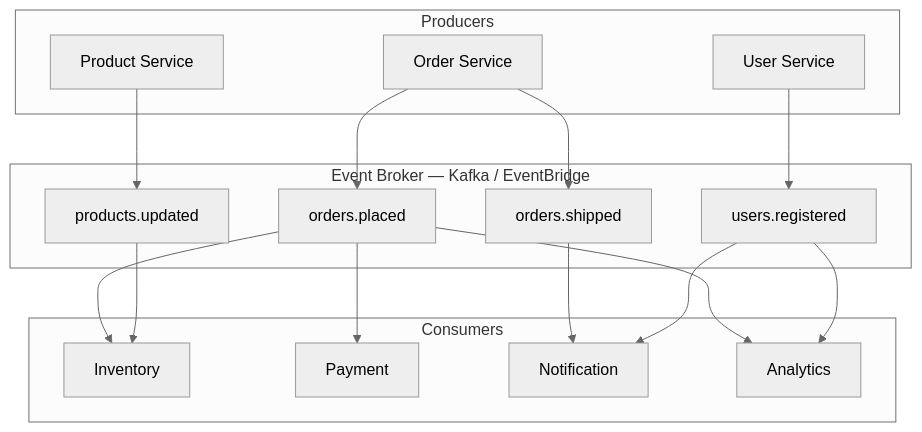
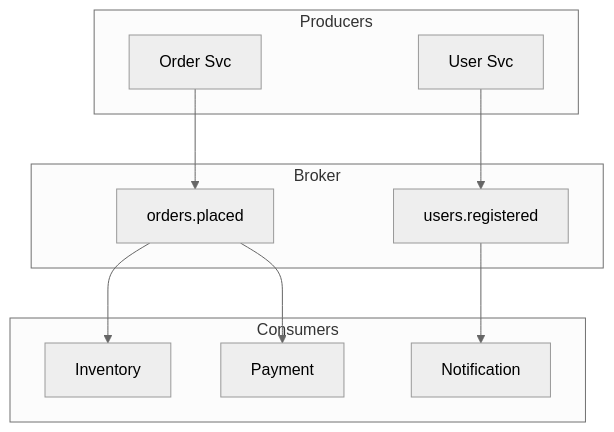
The sixth of 16 diagrams in Sessions/Event-Driven Architecture/Slides.md (calmrocks/system-design-dive-deep), drawn with Mermaid (neutral theme) before and after one commit. The commit also changed other lines of this file and 2 other files, not shown here.

```diff
--- a/Sessions/Event-Driven Architecture/Slides.md
+++ b/Sessions/Event-Driven Architecture/Slides.md
@@ -300,30 +184,20 @@
 ~~~mermaid
 flowchart TB
     subgraph P["Producers"]
-        OS[Order Service]
-        US[User Service]
-        PS[Product Service]
+        OS[Order Svc]
+        US[User Svc]
     end
-
-    subgraph B["Event Broker — Kafka / EventBridge"]
+    subgraph B["Broker"]
         T1[orders.placed]
-        T2[orders.shipped]
-        T3[users.registered]
-        T4[products.updated]
+        T2[users.registered]
     end
-
     subgraph C["Consumers"]
         INV[Inventory]
         PAY[Payment]
         NOT[Notification]
-        ANA[Analytics]
     end
-
-    OS --> T1 & T2
-    US --> T3
-    PS --> T4
-    T1 --> INV & PAY & ANA
+    OS --> T1
+    US --> T2
+    T1 --> INV & PAY
     T2 --> NOT
-    T3 --> NOT & ANA
-    T4 --> INV
 ~~~
```
